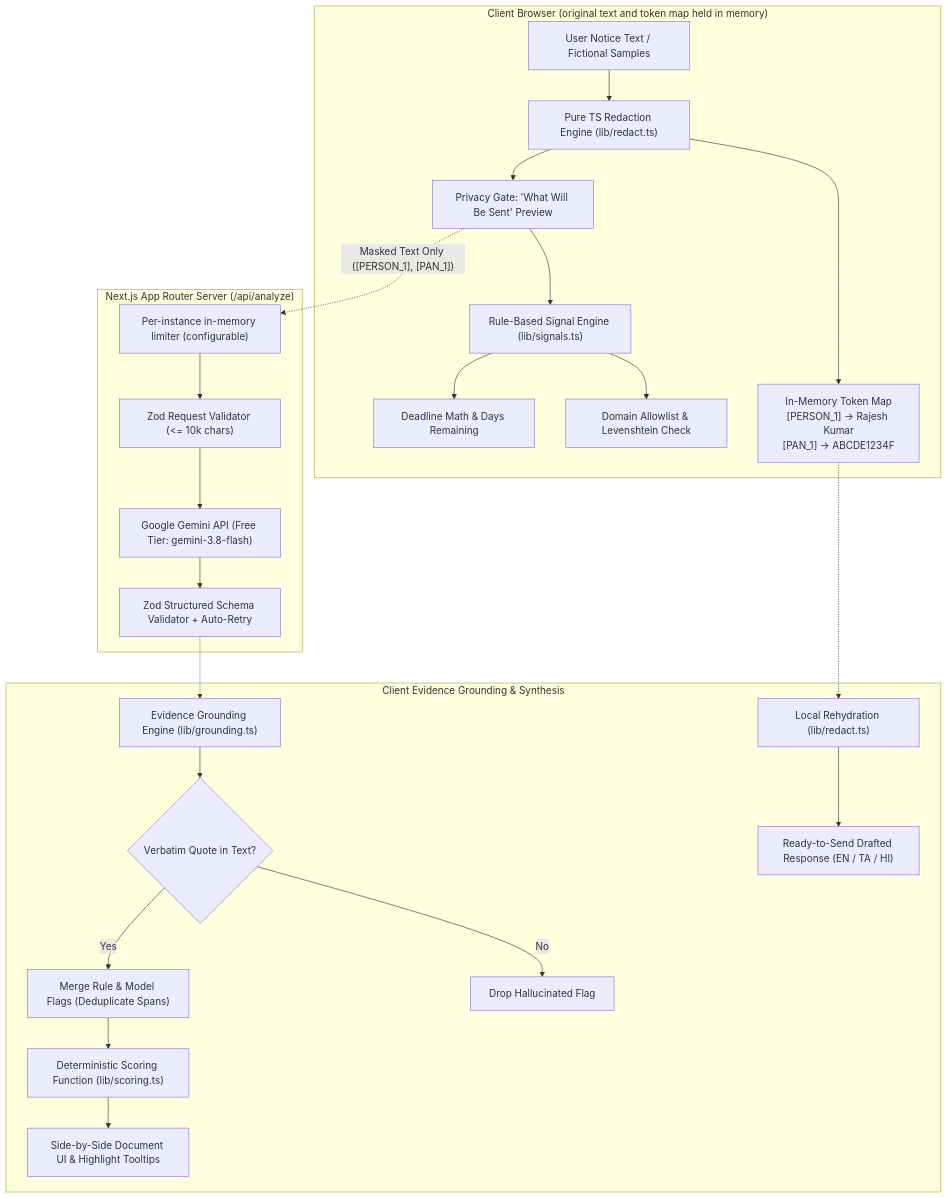
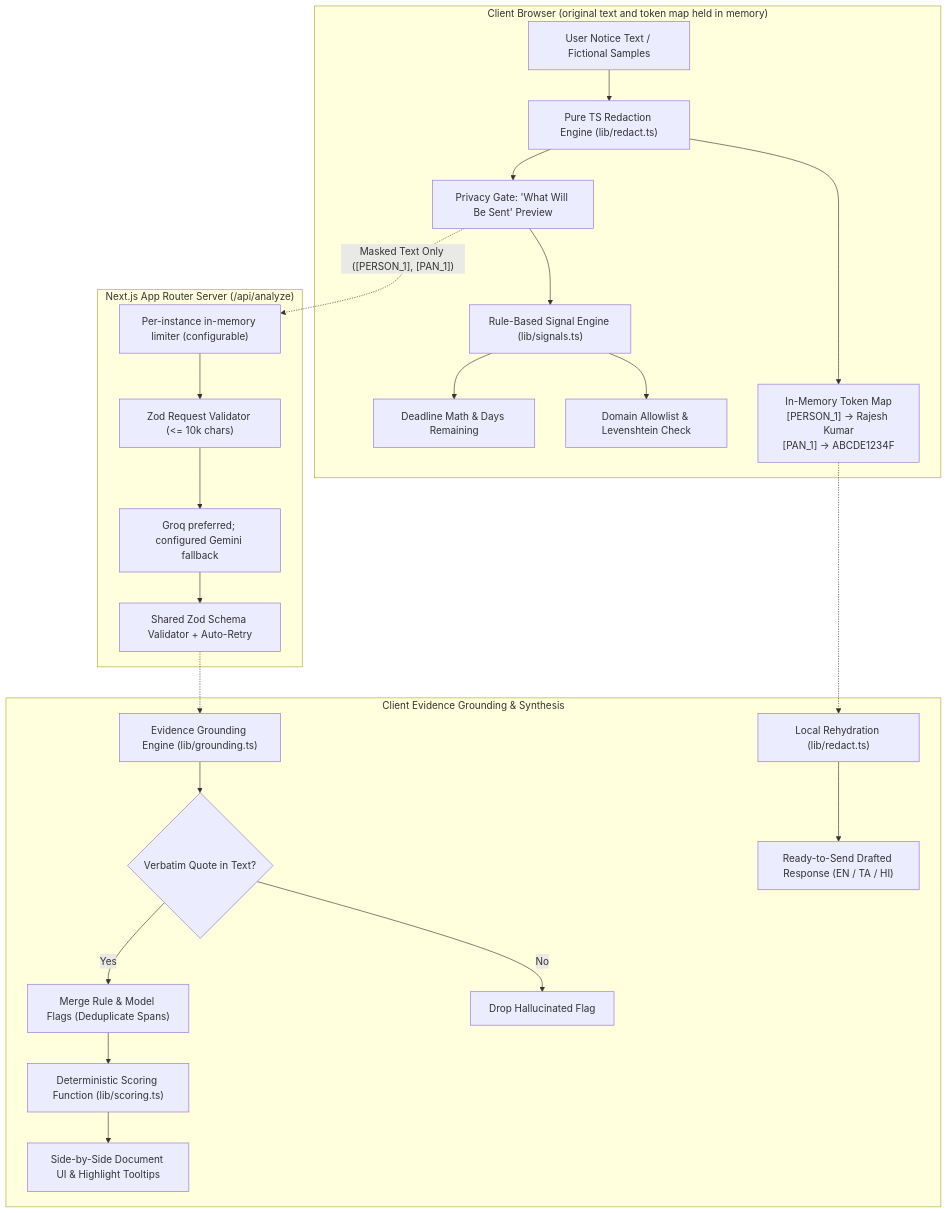
The diagram in README.md (swetha-006/Notice_Decoder), drawn with Mermaid before and after one commit. The commit also changed other lines of this file and 17 other files, not shown here.

````diff
--- a/README.md
+++ b/README.md
@@ -32,29 +32,29 @@
 ```mermaid
 flowchart TD
     subgraph Browser ["Client Browser (original text and token map held in memory)"]
         UserText["User Notice Text / Fictional Samples"] --> Redactor["Pure TS Redaction Engine (lib/redact.ts)"]
         Redactor --> TokenMap["In-Memory Token Map<br/>[PERSON_1] -> Rajesh Kumar<br/>[PAN_1] -> ABCDE1234F"]
         Redactor --> PrivacyGate["Privacy Gate: 'What Will Be Sent' Preview"]
         PrivacyGate --> LocalSignals["Rule-Based Signal Engine (lib/signals.ts)"]
         LocalSignals --> DomainCheck["Domain Allowlist & Levenshtein Check"]
         LocalSignals --> DeadlineMath["Deadline Math & Days Remaining"]
     end
 
     subgraph ServerRoute ["Next.js App Router Server (/api/analyze)"]
         PrivacyGate -.->|"Masked Text Only ([PERSON_1], [PAN_1])"| RateLimiter["Per-instance in-memory limiter (configurable)"]
         RateLimiter --> ZodIn["Zod Request Validator (<= 10k chars)"]
-        ZodIn --> GeminiAPI["Google Gemini API (Free Tier: gemini-3.8-flash)"]
-        GeminiAPI --> ZodOut["Zod Structured Schema Validator + Auto-Retry"]
+        ZodIn --> AIProviders["Groq preferred; configured Gemini fallback"]
+        AIProviders --> ZodOut["Shared Zod Schema Validator + Auto-Retry"]
     end
 
     subgraph GroundingPipeline ["Client Evidence Grounding & Synthesis"]
         ZodOut -.-> Grounding["Evidence Grounding Engine (lib/grounding.ts)"]
         Grounding --> SubstringMatch{"Verbatim Quote in Text?"}
         SubstringMatch -- No --> DropFlag["Drop Hallucinated Flag"]
         SubstringMatch -- Yes --> MergeFlags["Merge Rule & Model Flags (Deduplicate Spans)"]
         MergeFlags --> Scoring["Deterministic Scoring Function (lib/scoring.ts)"]
         Scoring --> VerdictUI["Side-by-Side Document UI & Highlight Tooltips"]
         TokenMap -.-> Rehydrate["Local Rehydration (lib/redact.ts)"]
         Rehydrate --> DraftUI["Ready-to-Send Drafted Response (EN / TA / HI)"]
     end
 ```
````
